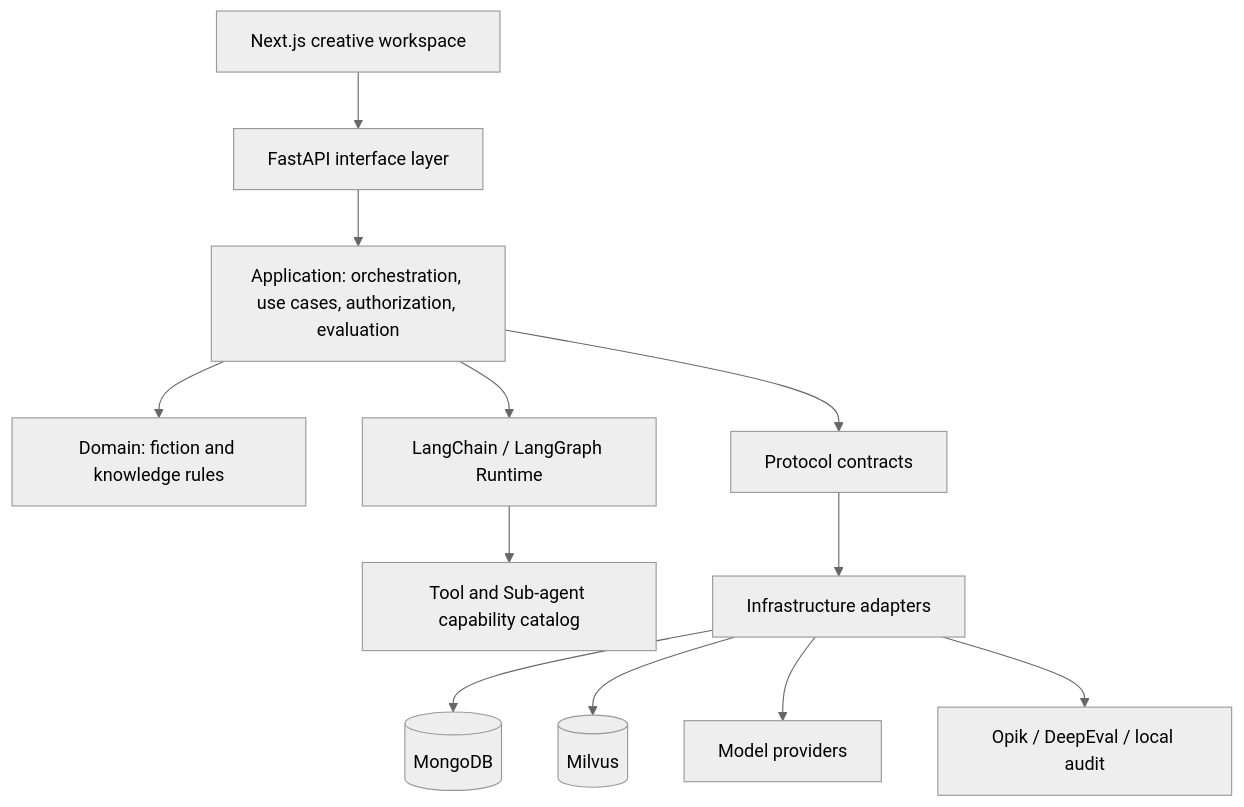
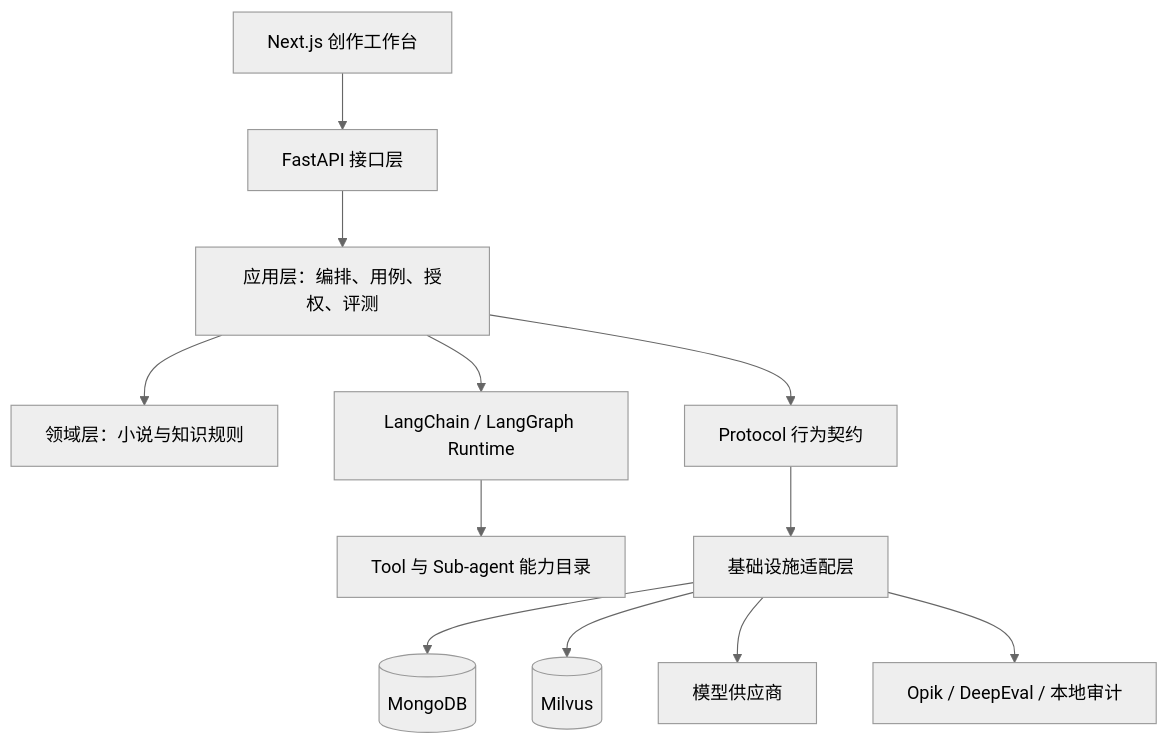
Before and after one commit to qingluo201816/taichu: the third of 3 diagrams in README.md, drawn with Mermaid (neutral theme). The commit also changed other lines of this file and 1 other file, not shown here.

````diff
--- a/README.md
+++ b/README.md
@@ -209,14 +211,14 @@
 ```mermaid
 flowchart TB
-    UI[Next.js creative workspace] --> API[FastAPI interface layer]
-    API --> APP[Application: orchestration, use cases, authorization, evaluation]
-    APP --> DOMAIN[Domain: fiction and knowledge rules]
+    UI[Next.js 创作工作台] --> API[FastAPI 接口层]
+    API --> APP[应用层：编排、用例、授权、评测]
+    APP --> DOMAIN[领域层：小说与知识规则]
     APP --> RUNTIME[LangChain / LangGraph Runtime]
-    RUNTIME --> TOOLS[Tool and Sub-agent capability catalog]
-    APP --> PORTS[Protocol contracts]
-    PORTS --> INFRA[Infrastructure adapters]
+    RUNTIME --> TOOLS[Tool 与 Sub-agent 能力目录]
+    APP --> PORTS[Protocol 行为契约]
+    PORTS --> INFRA[基础设施适配层]
     INFRA --> MONGO[(MongoDB)]
     INFRA --> MILVUS[(Milvus)]
-    INFRA --> MODELS[Model providers]
-    INFRA --> OBS[Opik / DeepEval / local audit]
+    INFRA --> MODELS[模型供应商]
+    INFRA --> OBS[Opik / DeepEval / 本地审计]
 ```
````
